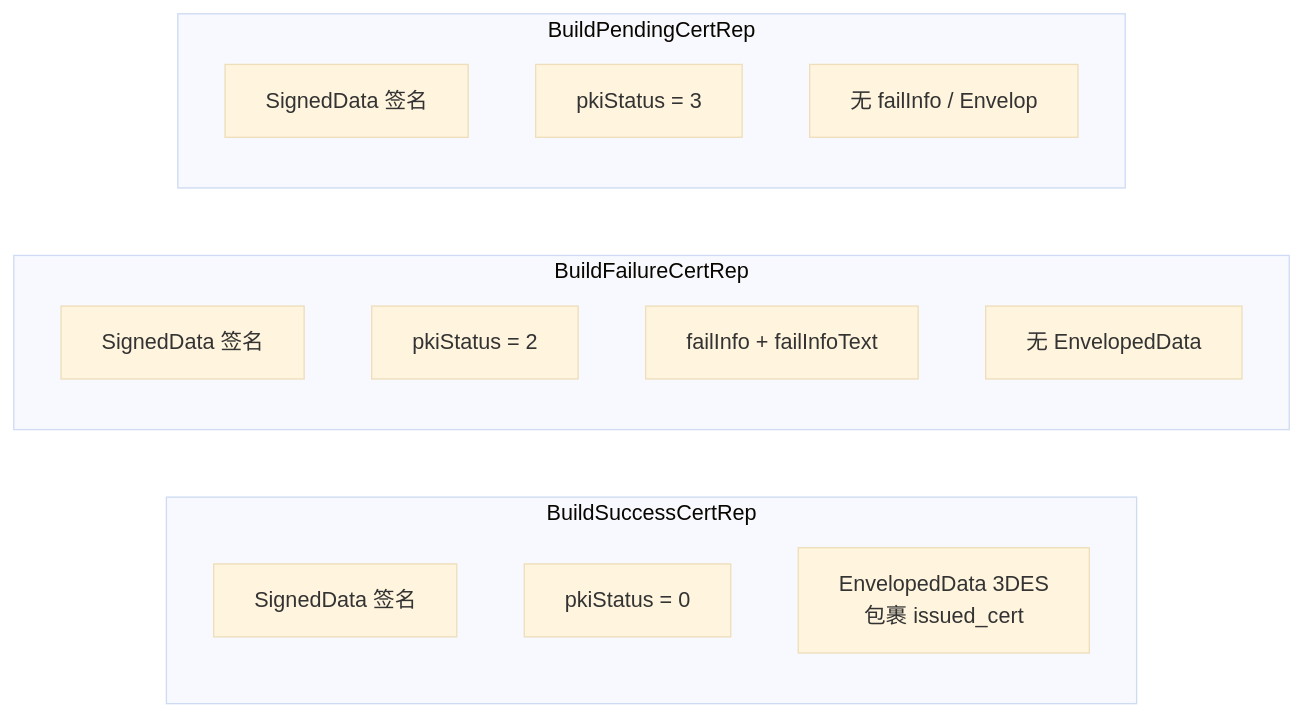
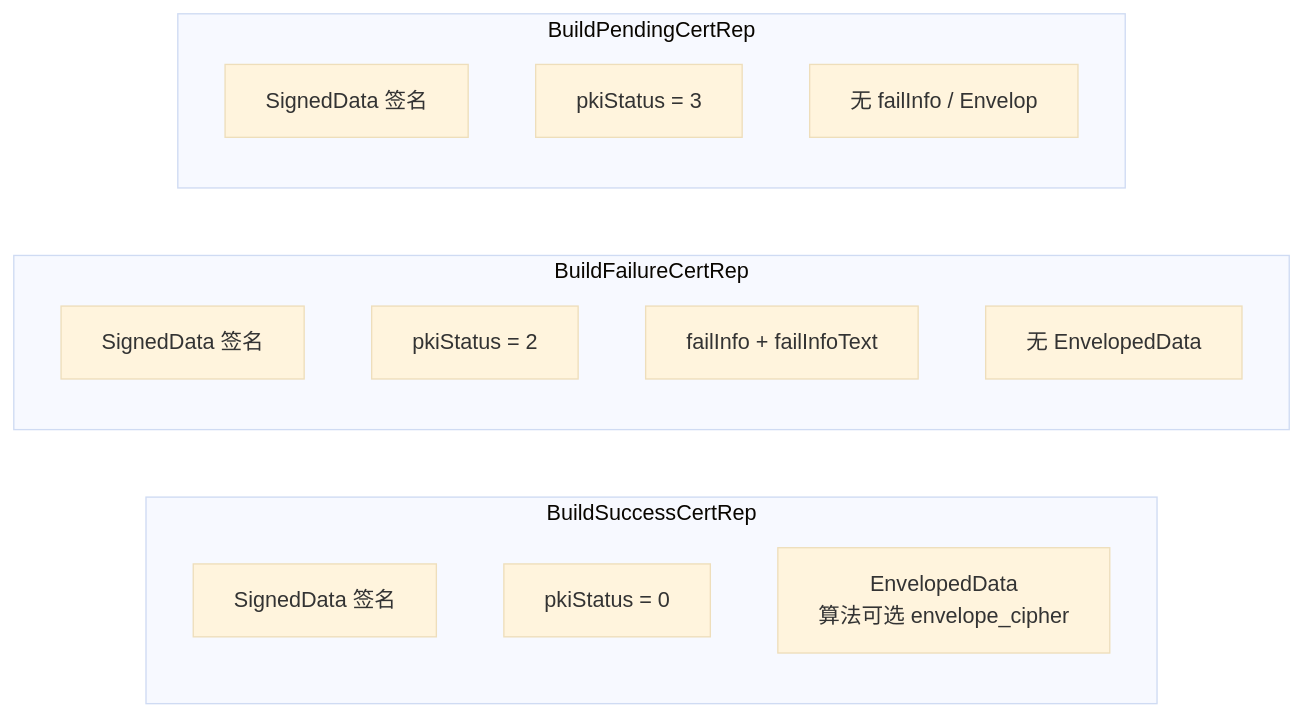
One commit to LeefMagnet/CryptoOffloadService changed the sixth of 8 diagrams in docs/API.md. Above: the diagram before and after it, drawn with Mermaid (base theme). The commit also changed other lines of this file and 16 other files, not shown here.

First line of the commit message:
Add configurable SCEP envelope ciphers and GM Success CertRep.

````diff
--- a/docs/API.md
+++ b/docs/API.md
@@ -195,19 +195,19 @@
 ```mermaid
 flowchart LR
   subgraph Success["BuildSuccessCertRep"]
     S1[SignedData 签名]
     S2[pkiStatus = 0]
-    S3[EnvelopedData 3DES<br/>包裹 issued_cert]
+    S3[EnvelopedData<br/>算法可选 envelope_cipher]
   end
   subgraph Failure["BuildFailureCertRep"]
     F1[SignedData 签名]
     F2[pkiStatus = 2]
     F3[failInfo + failInfoText]
     F4[无 EnvelopedData]
   end
   subgraph Pending["BuildPendingCertRep"]
     P1[SignedData 签名]
     P2[pkiStatus = 3]
     P3[无 failInfo / Envelop]
   end
 ```
````
